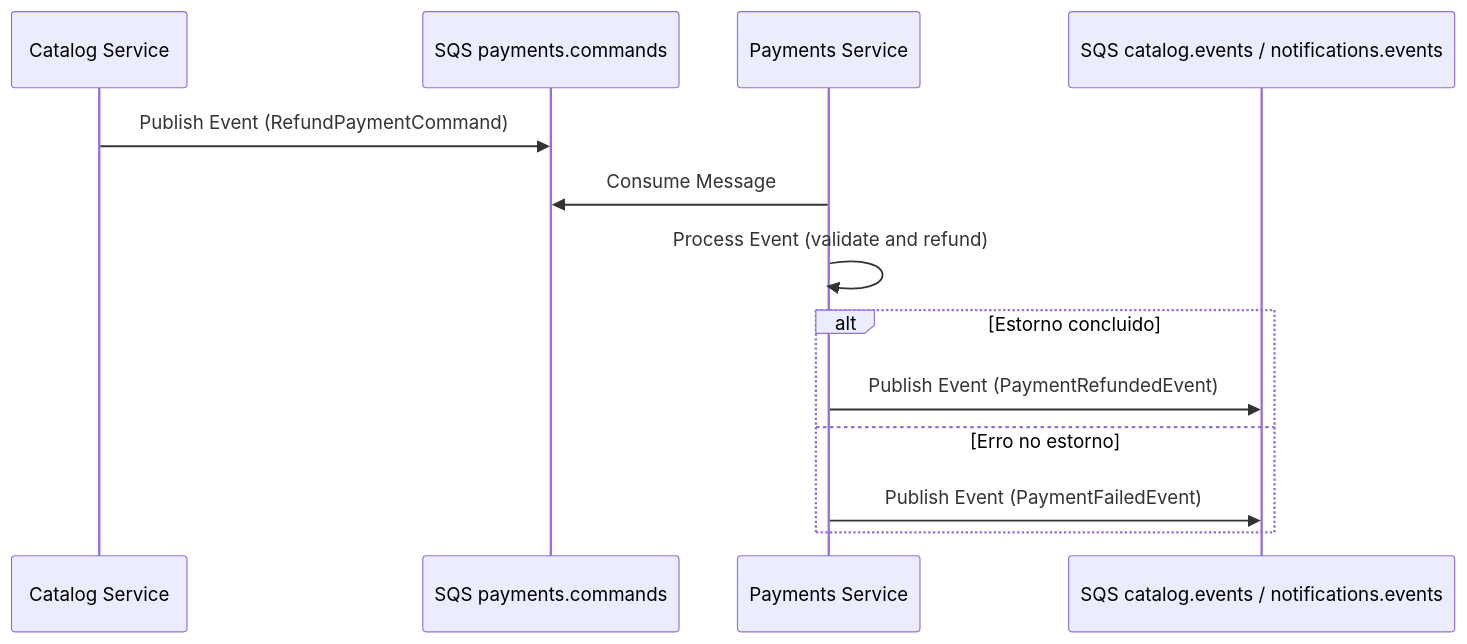
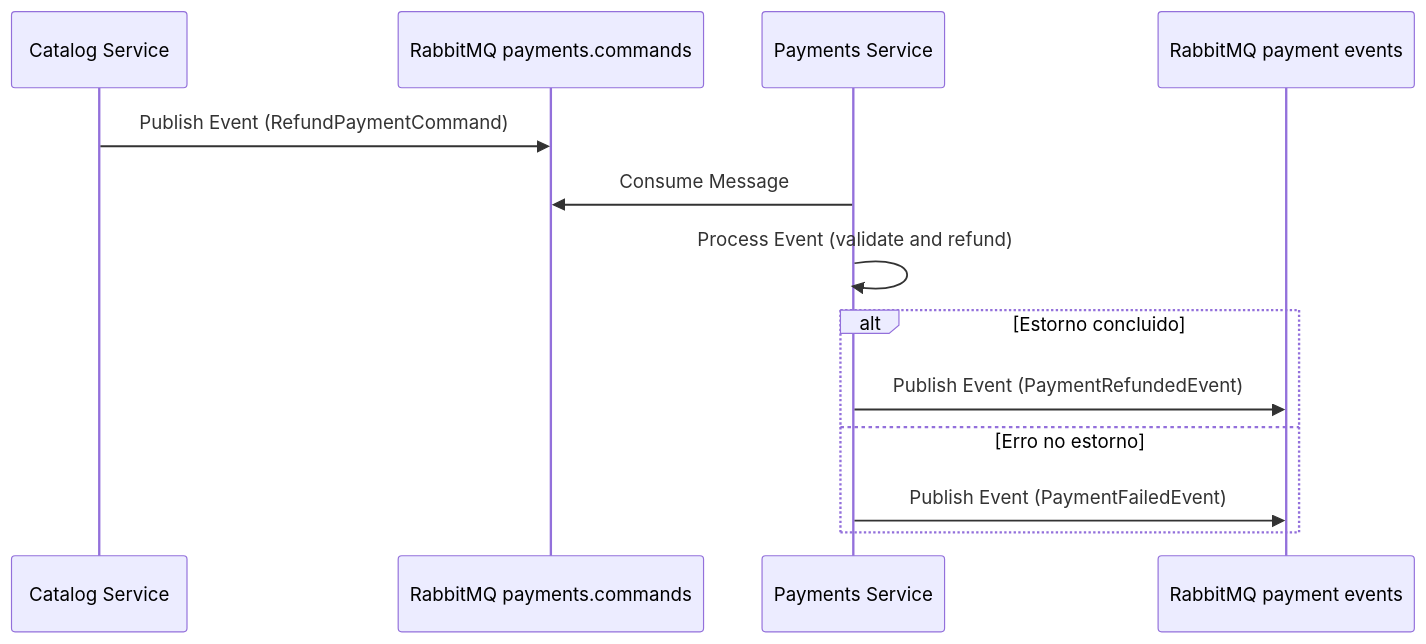
Before and after one commit to louresb/cloud-games-fase-4-payments: the fifth of 5 diagrams in README.md, drawn with Mermaid. The commit also changed other lines of this file and 5 other files, not shown here.

````diff
--- a/README.md
+++ b/README.md
@@ -142,16 +136,16 @@
 ```mermaid
 sequenceDiagram
     participant Catalog as Catalog Service
-    participant SQSCommands as SQS payments.commands
+    participant Commands as RabbitMQ payments.commands
     participant Payments as Payments Service
-    participant SQSEvents as SQS catalog.events / notifications.events
+    participant Events as RabbitMQ payment events
 
-    Catalog->>SQSCommands: Publish Event (RefundPaymentCommand)
-    Payments->>SQSCommands: Consume Message
+    Catalog->>Commands: Publish Event (RefundPaymentCommand)
+    Payments->>Commands: Consume Message
     Payments->>Payments: Process Event (validate and refund)
     alt Estorno concluido
-        Payments->>SQSEvents: Publish Event (PaymentRefundedEvent)
+        Payments->>Events: Publish Event (PaymentRefundedEvent)
     else Erro no estorno
-        Payments->>SQSEvents: Publish Event (PaymentFailedEvent)
+        Payments->>Events: Publish Event (PaymentFailedEvent)
     end
 ```
````
